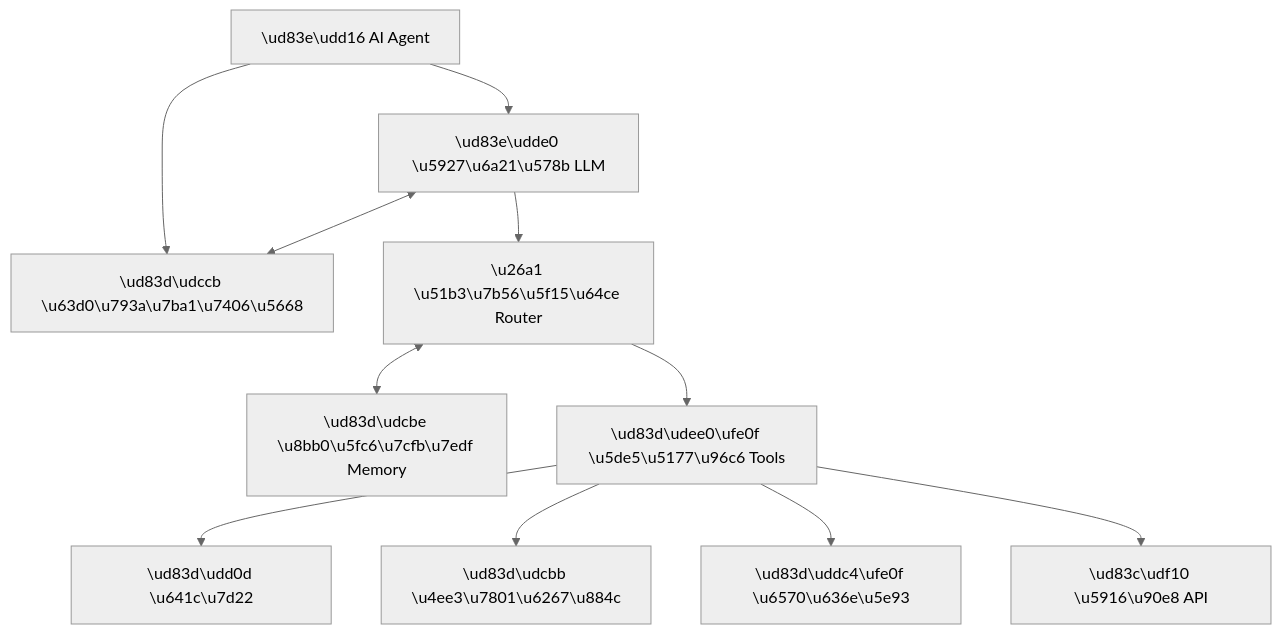
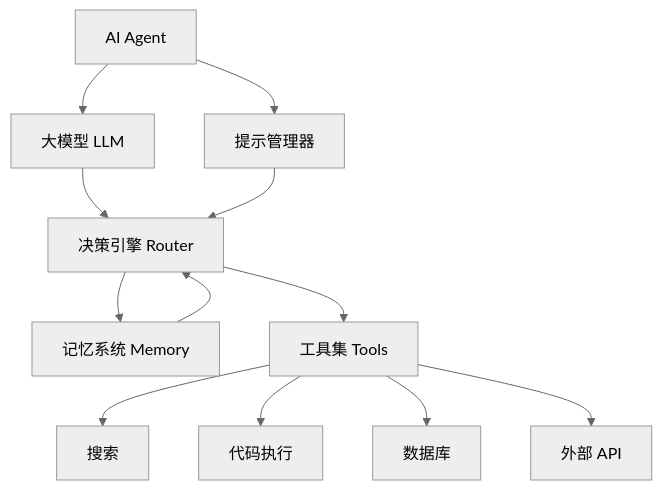
Before and after one commit to ifnodoraemon/ifnodoraemon.github.io: the diagram in content/articles/build-ai-agent.md, drawn with Mermaid (neutral theme). The commit also changed 2 other files, not shown here.

Commit message:
fix(articles): 修复 Mermaid 图表 unicode 转义 + HTML 解析冲突
- 修复 .md 文件中 Mermaid 块的 \uXXXX 转义序列为实际中文字符
- 移除 <--> 双向箭头语法（与 HTML 解析器冲突），改用 --> 单向
- 3 篇文章的 Mermaid 图表现可正常渲染为 SVG

````diff
--- a/content/articles/build-ai-agent.md
+++ b/content/articles/build-ai-agent.md
@@ -23,13 +23,14 @@
 ```mermaid
 graph TD
-    A["\ud83e\udd16 AI Agent"] --> B["\ud83e\udde0 \u5927\u6a21\u578b LLM"]
-    A --> C["\ud83d\udccb \u63d0\u793a\u7ba1\u7406\u5668"]
-    B <--> C
-    B --> D["\u26a1 \u51b3\u7b56\u5f15\u64ce Router"]
-    D <--> E["\ud83d\udcbe \u8bb0\u5fc6\u7cfb\u7edf Memory"]
-    D --> F["\ud83d\udee0\ufe0f \u5de5\u5177\u96c6 Tools"]
-    F --> G["\ud83d\udd0d \u641c\u7d22"]
-    F --> H["\ud83d\udcbb \u4ee3\u7801\u6267\u884c"]
-    F --> I["\ud83d\uddc4\ufe0f \u6570\u636e\u5e93"]
-    F --> J["\ud83c\udf10 \u5916\u90e8 API"]
+    A["AI Agent"] --> B["大模型 LLM"]
+    A --> C["提示管理器"]
+    B --> D["决策引擎 Router"]
+    C --> D
+    D --> E["记忆系统 Memory"]
+    E --> D
+    D --> F["工具集 Tools"]
+    F --> G["搜索"]
+    F --> H["代码执行"]
+    F --> I["数据库"]
+    F --> J["外部 API"]
 ```
````
